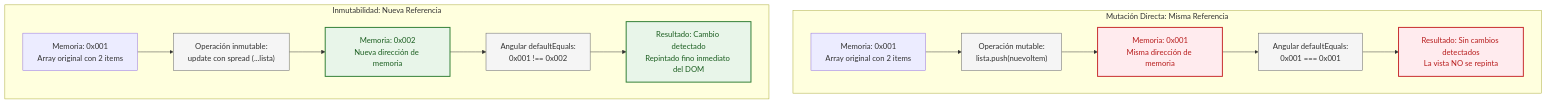
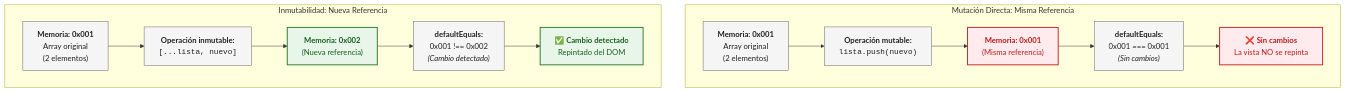
The second of 3 diagrams in docs/manual/05-signals.md (Jose-Quesada/materiales_angular), drawn with Mermaid before and after one commit. The commit also changed other lines of this file and 34 other files, not shown here.

````diff
--- a/docs/manual/05-signals.md
+++ b/docs/manual/05-signals.md
@@ -241,24 +281,30 @@
 ```mermaid
 flowchart TD
     subgraph MutacionDirecta ["Mutación Directa: Misma Referencia"]
-        A1["Memoria: 0x001<br>Array original con 2 items"] --> Accion1["Operación mutable:<br>lista.push(nuevoItem)"]
-        Accion1 --> A2["Memoria: 0x001<br>Misma dirección de memoria"]
-        A2 --> Comp1["Angular defaultEquals:<br>0x001 === 0x001"]
-        Comp1 --> Res1["Resultado: Sin cambios detectados<br>La vista NO se repinta"]
+        A1["<b>Memoria: 0x001</b><br/>Array original<br/>(2 elementos)"]
+        Accion1["<b>Operación mutable:</b><br/><code>lista.push(nuevo)</code>"]
+        A2["<b>Memoria: 0x001</b><br/>(Misma referencia)"]
+        Comp1["<b>defaultEquals:</b><br/>0x001 === 0x001<br/><i>(Sin cambios)</i>"]
+        Res1["❌ <b>Sin cambios</b><br/>La vista NO se repinta"]
+
+        A1 --> Accion1 --> A2 --> Comp1 --> Res1
     end
 
     subgraph Inmutabilidad ["Inmutabilidad: Nueva Referencia"]
-        B1["Memoria: 0x001<br>Array original con 2 items"] --> Accion2["Operación inmutable:<br>update con spread (...lista)"]
-        Accion2 --> B2["Memoria: 0x002<br>Nueva dirección de memoria"]
-        B2 --> Comp2["Angular defaultEquals:<br>0x001 !== 0x002"]
-        Comp2 --> Res2["Resultado: Cambio detectado<br>Repintado fino inmediato del DOM"]
+        B1["<b>Memoria: 0x001</b><br/>Array original<br/>(2 elementos)"]
+        Accion2["<b>Operación inmutable:</b><br/><code>[...lista, nuevo]</code>"]
+        B2["<b>Memoria: 0x002</b><br/>(Nueva referencia)"]
+        Comp2["<b>defaultEquals:</b><br/>0x001 !== 0x002<br/><i>(Cambio detectado)</i>"]
+        Res2["✅ <b>Cambio detectado</b><br/>Repintado del DOM"]
+
+        B1 --> Accion2 --> B2 --> Comp2 --> Res2
     end
 
     classDef bad fill:#ffebee,stroke:#c62828,stroke-width:2px,color:#b71c1c;
     classDef good fill:#e8f5e9,stroke:#2e7d32,stroke-width:2px,color:#1b5e20;
-    classDef step fill:#f5f5f5,stroke:#616161,stroke-width:1px;
+    classDef step fill:#f5f5f5,stroke:#616161,stroke-width:1px,color:#212121;
 
     class Res1,A2 bad;
     class Res2,B2 good;
-    class Accion1,Accion2,Comp1,Comp2 step;
+    class Accion1,Accion2,Comp1,Comp2,A1,B1 step;
 ```
````
